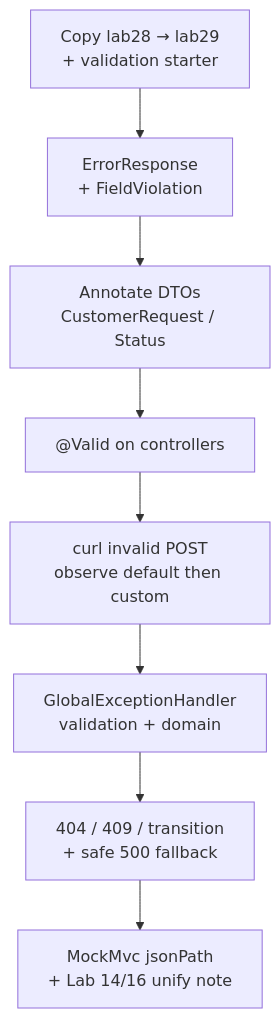
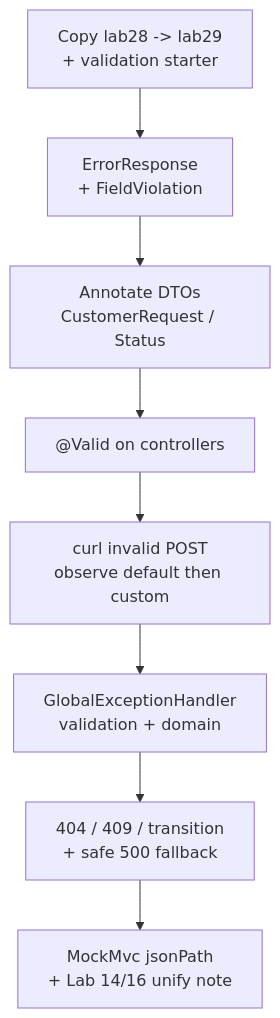
The second of 2 diagrams in labs/Week 3 - Spring Framework and Enterprise Patterns/module-29/lab29/LAB-29-GUIDE.md (pupilliluke/bc-sw-engineer-java-participant), drawn with Mermaid before and after one commit. The commit also changed 55 other files, not shown here.

Commit message:
Stop publishing local screenshots; harden Mermaid for GitHub; sync only tracked lab files.

````diff
--- a/labs/Week 3 - Spring Framework and Enterprise Patterns/module-29/lab29/LAB-29-GUIDE.md
+++ b/labs/Week 3 - Spring Framework and Enterprise Patterns/module-29/lab29/LAB-29-GUIDE.md
@@ -96,10 +96,10 @@
 ```mermaid
 flowchart TD
-    A["Copy lab28 → lab29<br/>+ validation starter"] --> B["ErrorResponse<br/>+ FieldViolation"]
+    A["Copy lab28 -> lab29<br/>+ validation starter"] --> B["ErrorResponse<br/>+ FieldViolation"]
     B --> C["Annotate DTOs<br/>CustomerRequest / Status"]
     C --> D["@Valid on controllers"]
     D --> E["curl invalid POST<br/>observe default then custom"]
     E --> F["GlobalExceptionHandler<br/>validation + domain"]
     F --> G["404 / 409 / transition<br/>+ safe 500 fallback"]
     G --> H["MockMvc jsonPath<br/>+ Lab 14/16 unify note"]
 ```
````
